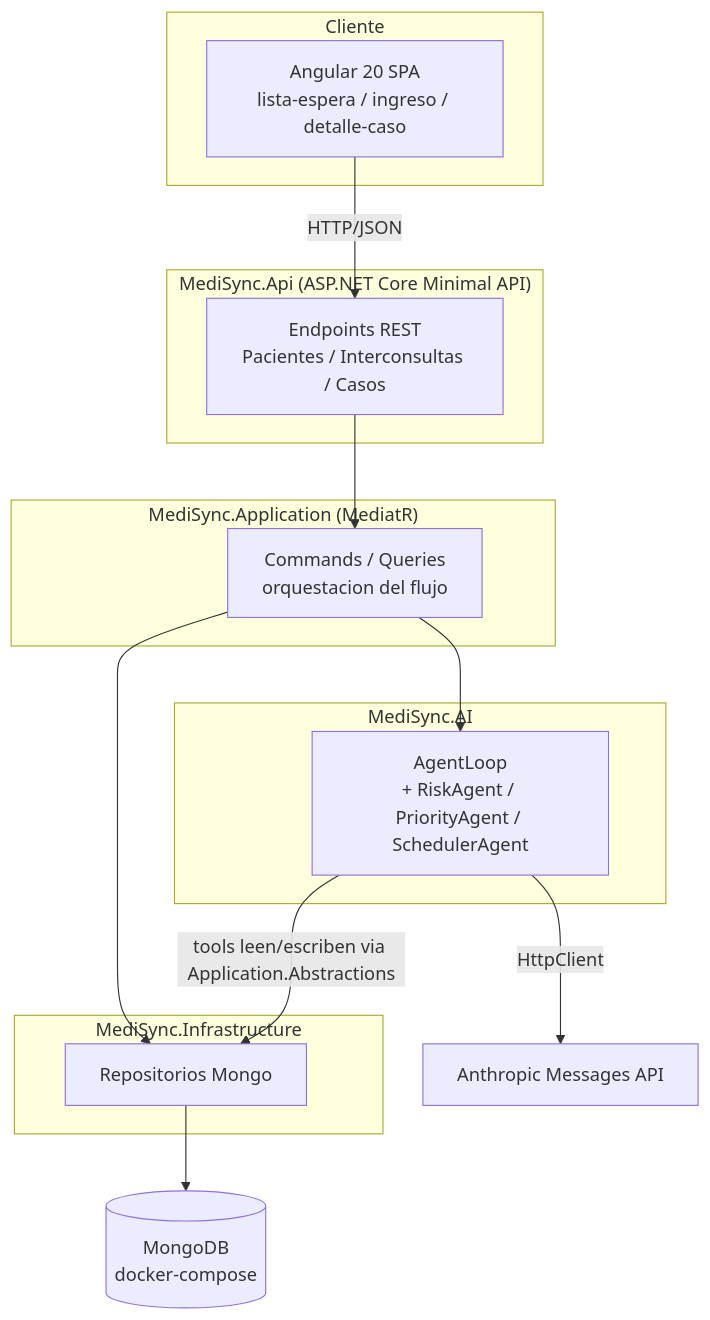
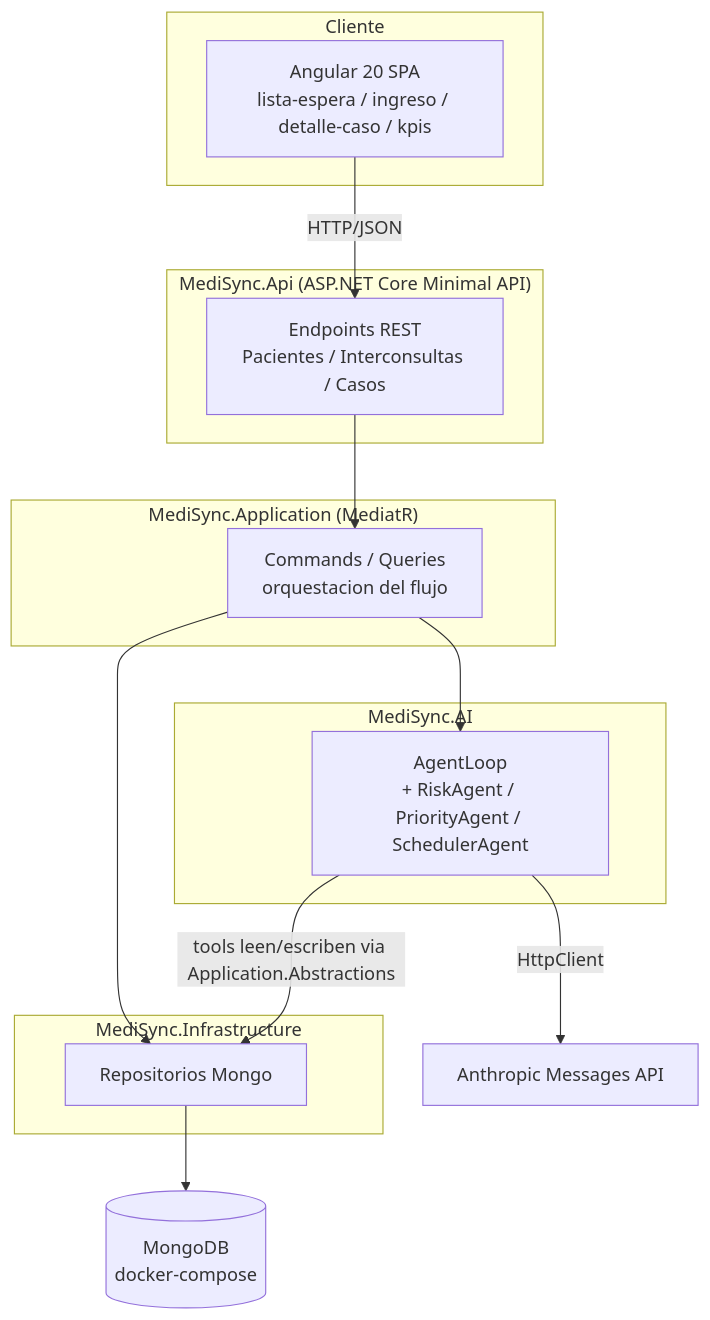
One commit to vicentico/HealtImpactlab changed the second of 2 diagrams in medisync-diabetes/docs/02-arquitectura.md. Above: the diagram before and after it, drawn with Mermaid. The commit also changed other lines of this file and 41 other files, not shown here.

````diff
--- a/medisync-diabetes/docs/02-arquitectura.md
+++ b/medisync-diabetes/docs/02-arquitectura.md
@@ -38,33 +38,33 @@
 ```mermaid
 graph TB
     subgraph Cliente
-        Angular[Angular 20 SPA<br/>lista-espera / ingreso / detalle-caso]
+        Angular[Angular 20 SPA<br/>lista-espera / ingreso / detalle-caso / kpis]
     end
 
     subgraph "MediSync.Api (ASP.NET Core Minimal API)"
         Api[Endpoints REST<br/>Pacientes / Interconsultas / Casos]
     end
 
     subgraph "MediSync.Application (MediatR)"
         App[Commands / Queries<br/>orquestacion del flujo]
     end
 
     subgraph "MediSync.AI"
         AgentLoop[AgentLoop<br/>+ RiskAgent / PriorityAgent / SchedulerAgent]
     end
 
     subgraph "MediSync.Infrastructure"
         Repos[Repositorios Mongo]
     end
 
     Mongo[(MongoDB<br/>docker-compose)]
     Anthropic[Anthropic Messages API]
 
     Angular -->|HTTP/JSON| Api
     Api --> App
     App --> AgentLoop
     App --> Repos
     AgentLoop -->|tools leen/escriben via Application.Abstractions| Repos
     AgentLoop -->|HttpClient| Anthropic
     Repos --> Mongo
 ```
````
